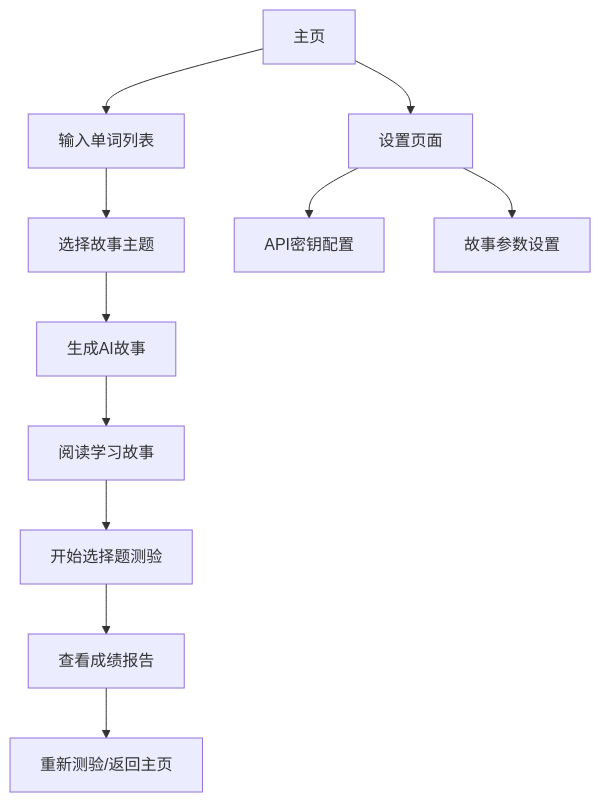
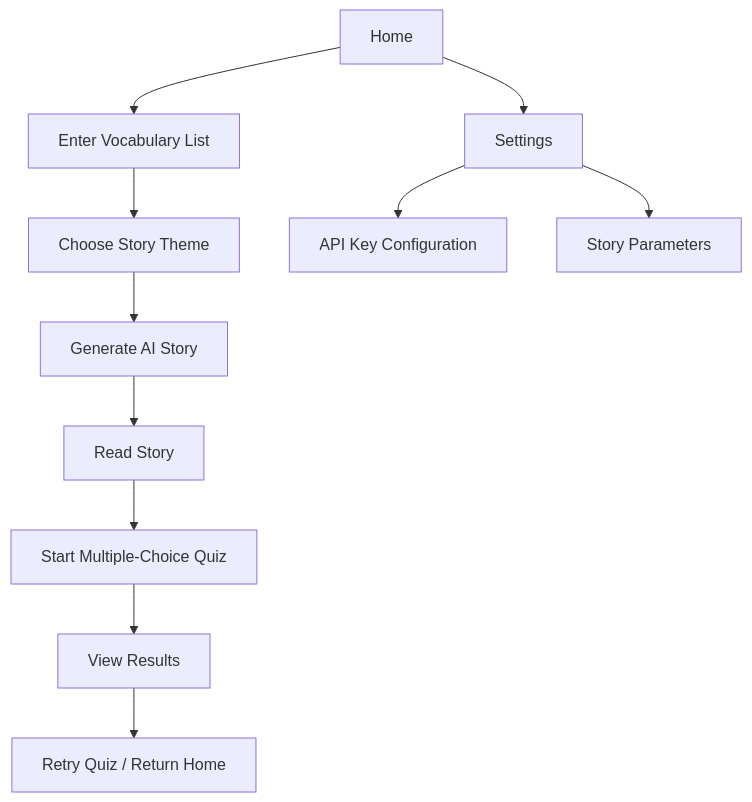
The diagram in README.md (huamnaftera1l/nekomemo), drawn with Mermaid before and after one commit. The commit also changed other lines of this file, not shown here.

````diff
--- a/README.md
+++ b/README.md
@@ -140,14 +151,14 @@
 ```mermaid
 graph TB
-    A[主页] --> B[输入单词列表]
-    B --> C[选择故事主题]
-    C --> D[生成AI故事]
-    D --> E[阅读学习故事]
-    E --> F[开始选择题测验]
-    F --> G[查看成绩报告]
-    G --> H[重新测验/返回主页]
+    A[Home] --> B[Enter Vocabulary List]
+    B --> C[Choose Story Theme]
+    C --> D[Generate AI Story]
+    D --> E[Read Story]
+    E --> F[Start Multiple-Choice Quiz]
+    F --> G[View Results]
+    G --> H[Retry Quiz / Return Home]
     
-    A --> I[设置页面]
-    I --> J[API密钥配置]
-    I --> K[故事参数设置]
+    A --> I[Settings]
+    I --> J[API Key Configuration]
+    I --> K[Story Parameters]
 ```
````
